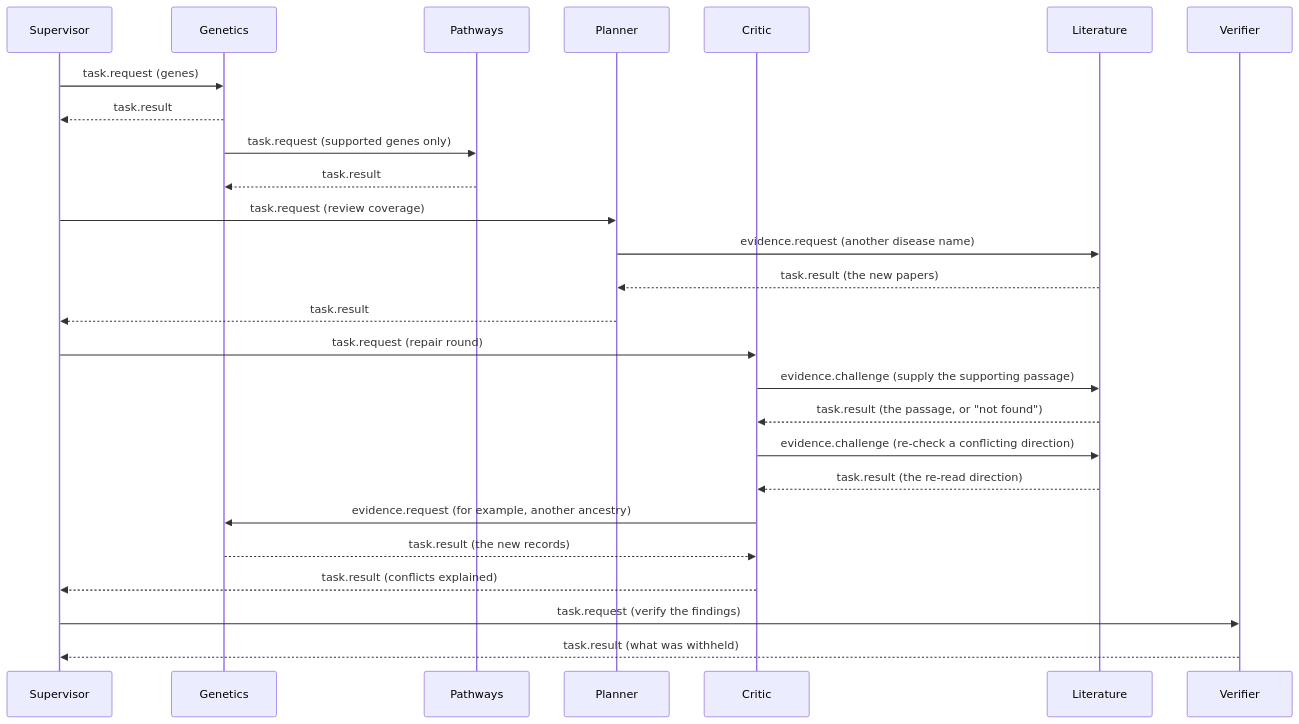
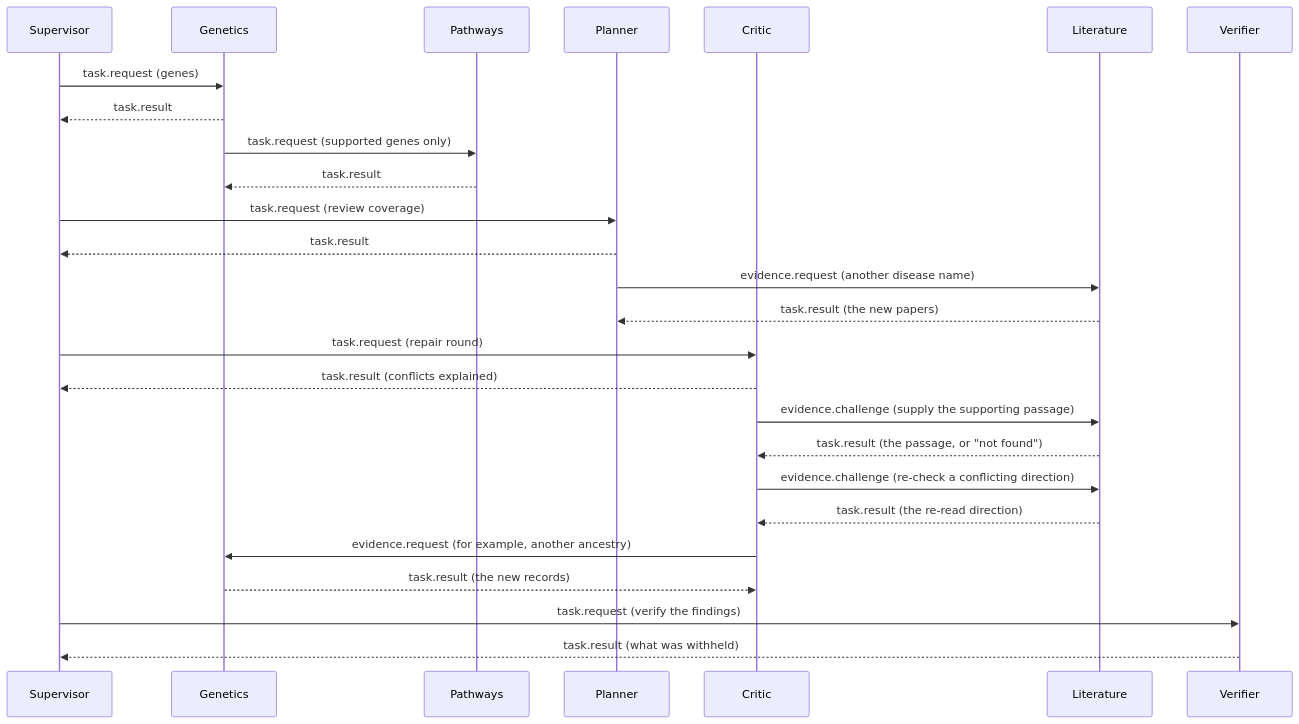
One commit to Tevaalgorithms/BioNexus-AI changed the third of 3 diagrams in README.md. Above: the diagram before and after it, drawn with Mermaid. The commit also changed other lines of this file, not shown here.

````diff
--- a/README.md
+++ b/README.md
@@ -157,28 +158,28 @@
 ```mermaid
 sequenceDiagram
     participant S as Supervisor
     participant G as Genetics
     participant P as Pathways
     participant PL as Planner
     participant C as Critic
     participant L as Literature
     participant V as Verifier
     S->>G: task.request (genes)
     G-->>S: task.result
     G->>P: task.request (supported genes only)
     P-->>G: task.result
     S->>PL: task.request (review coverage)
+    PL-->>S: task.result
     PL->>L: evidence.request (another disease name)
     L-->>PL: task.result (the new papers)
-    PL-->>S: task.result
     S->>C: task.request (repair round)
+    C-->>S: task.result (conflicts explained)
     C->>L: evidence.challenge (supply the supporting passage)
     L-->>C: task.result (the passage, or "not found")
     C->>L: evidence.challenge (re-check a conflicting direction)
     L-->>C: task.result (the re-read direction)
     C->>G: evidence.request (for example, another ancestry)
     G-->>C: task.result (the new records)
-    C-->>S: task.result (conflicts explained)
     S->>V: task.request (verify the findings)
     V-->>S: task.result (what was withheld)
 ```
````
